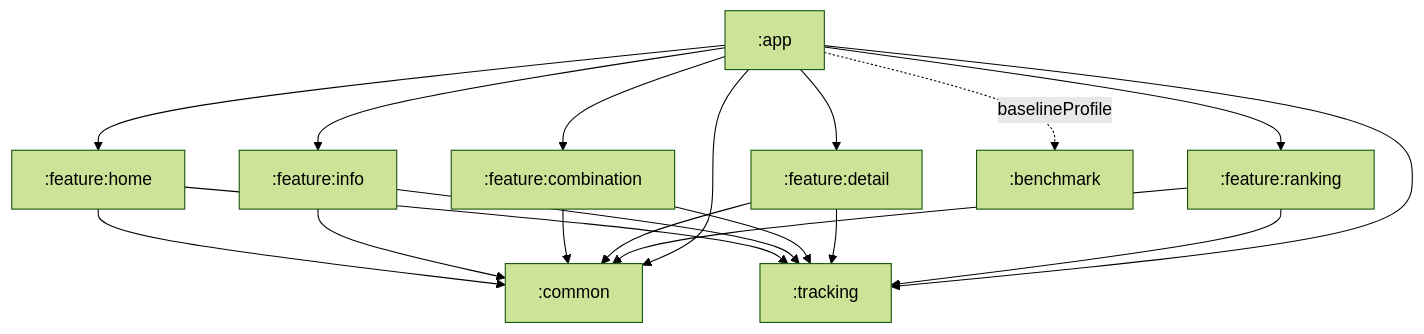
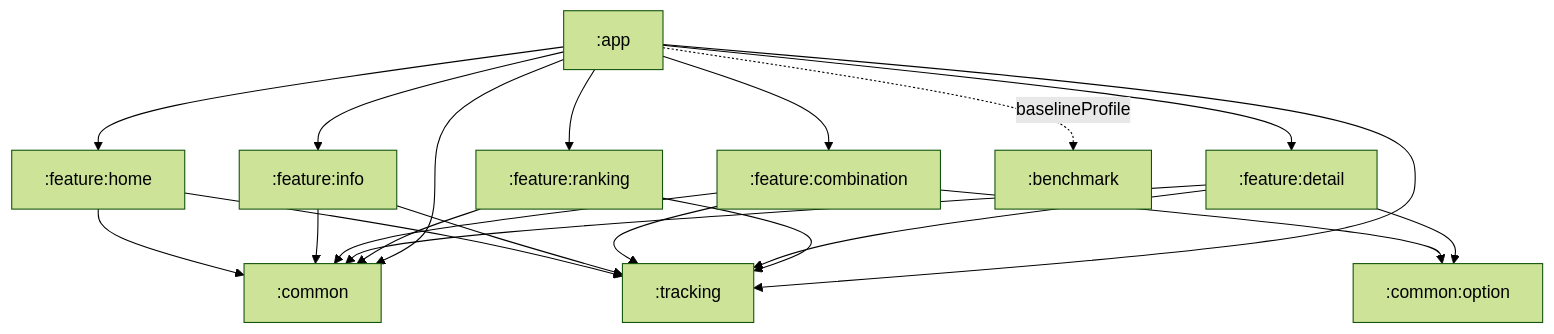
Before and after one commit to BeokBeok/RuneWords: the diagram in README.md, drawn with Mermaid (forest theme). The commit also changed other lines of this file and 30 other files, not shown here.

````diff
--- a/README.md
+++ b/README.md
@@ -17,13 +17,14 @@
 ```mermaid
 graph TD
     app[":app"] --> home[":feature:home"]
     app --> info[":feature:info"]
     app --> combination[":feature:combination"]
     app --> detail[":feature:detail"]
     app --> ranking[":feature:ranking"]
     app -. baselineProfile .-> benchmark[":benchmark"]
     home & info & combination & detail & ranking --> common[":common"]
     home & info & combination & detail & ranking --> tracking[":tracking"]
+    combination & detail --> option[":common:option"]
     app --> common
     app --> tracking
 ```
````
